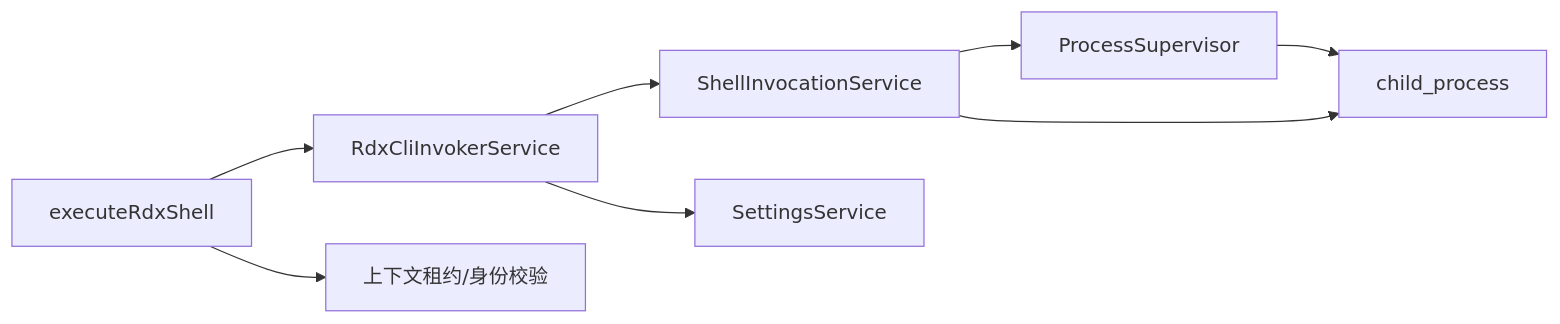
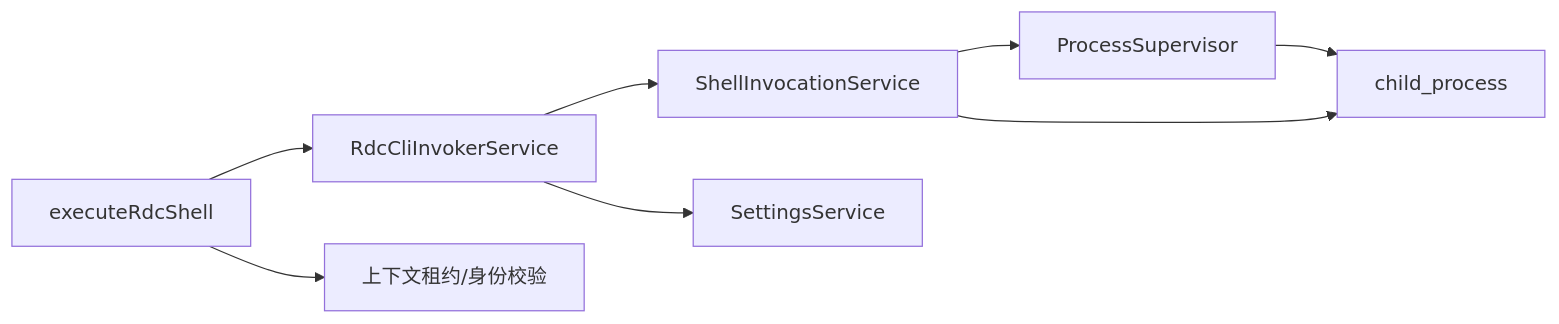
One commit to haolange/RDC-Agent changed the fifth of 5 diagrams in .qoder/repowiki/zh/content/架构设计/核心组件设计/CLI调用器设计/Shell执行引擎.md. Above: the diagram before and after it, drawn with Mermaid. The commit also changed other lines of this file and 557 other files, not shown here.

````diff
--- a/.qoder/repowiki/zh/content/架构设计/核心组件设计/CLI调用器设计/Shell执行引擎.md
+++ b/.qoder/repowiki/zh/content/架构设计/核心组件设计/CLI调用器设计/Shell执行引擎.md
@@ -241,10 +241,10 @@
 ```mermaid
 graph LR
-Exec["executeRdxShell"] --> RdxCli["RdxCliInvokerService"]
-RdxCli --> ShellSvc["ShellInvocationService"]
+Exec["executeRdcShell"] --> RdcCli["RdcCliInvokerService"]
+RdcCli --> ShellSvc["ShellInvocationService"]
 ShellSvc --> Sup["ProcessSupervisor"]
 Sup --> OS["child_process"]
 ShellSvc --> OS
-RdxCli --> Settings["SettingsService"]
+RdcCli --> Settings["SettingsService"]
 Exec --> Lease["上下文租约/身份校验"]
 ```
````
